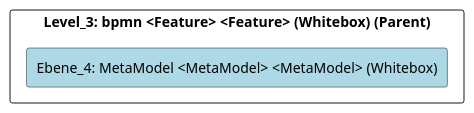
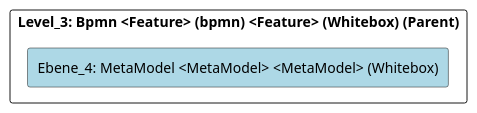
The diagram in doc/cleonproject_deliverables_architecture_model_architecture/adoc/de/05_bausteinsicht/cleon/modeling_languages/bpmn/metamodel/ebene_4_metamodel.adoc (marcozwyssig/cleon), drawn with PlantUML before and after one commit. The commit also changed other lines of this file and 166 other files, not shown here.

```diff
--- a/doc/cleonproject_deliverables_architecture_model_architecture/adoc/de/05_bausteinsicht/cleon/modeling_languages/bpmn/metamodel/ebene_4_metamodel.adoc
+++ b/doc/cleonproject_deliverables_architecture_model_architecture/adoc/de/05_bausteinsicht/cleon/modeling_languages/bpmn/metamodel/ebene_4_metamodel.adoc
@@ -21,24 +21,24 @@
 [plantuml, Ebene_4: MetaModel <MetaModel> <MetaModel> (Whitebox)BlockOverview, format="svg"]
 ----
 @startuml Ebene_4: MetaModel <MetaModel> <MetaModel> (Whitebox)BuildingBlockOverview
 
 skinparam ranksep 10
 skinparam componentStyle rectangle
 skinparam shadowing false
 skinparam arrowColor lightblue
 skinparam arrowThickness 1.2
 skinparam rectangle {
   BackgroundColor White
   BorderColor #333
   RoundCorner 10
 }
 top to bottom direction
 
-component "Level_3: bpmn <Feature> <Feature> (Whitebox) (Parent)" {
+component "Level_3: Bpmn <Feature> (bpmn) <Feature> (Whitebox) (Parent)" {
     component "Ebene_4: MetaModel <MetaModel> <MetaModel> (Whitebox)" #lightblue {
     }
 
 }
 
 @enduml
 ----
```
